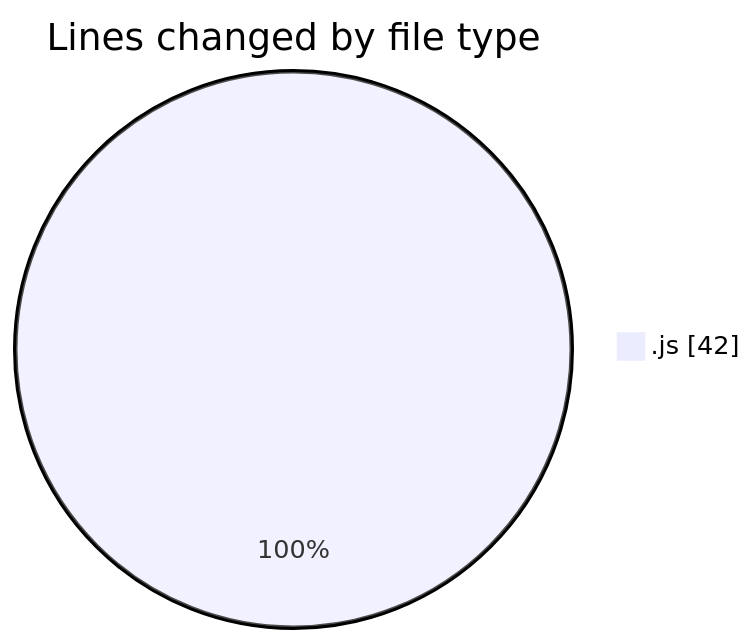
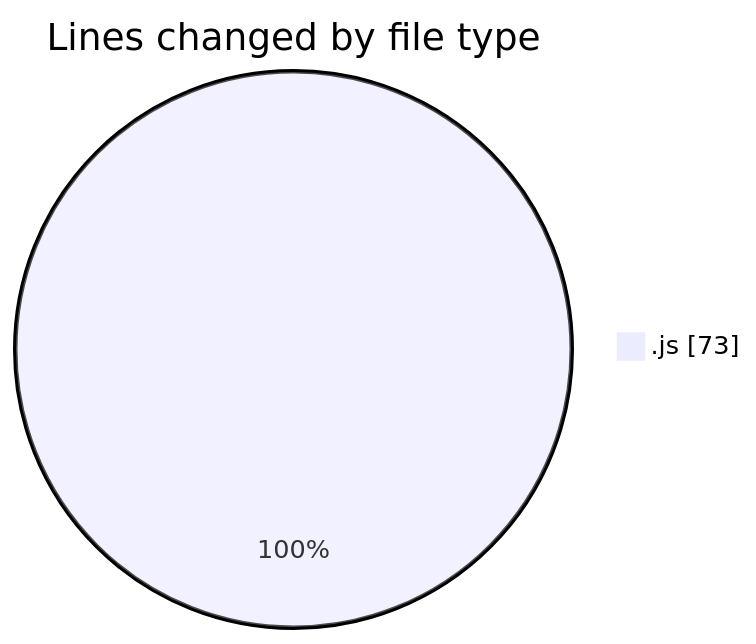
Before and after one commit to momahboobian/code-tracking: the first of 2 diagrams in 2025-02-05/cda/README.md, drawn with Mermaid. The commit also changed other lines of this file and 1 other file, not shown here.

````diff
--- a/2025-02-05/cda/README.md
+++ b/2025-02-05/cda/README.md
@@ -20,5 +22,5 @@
 ```mermaid
 pie showData
 title Lines changed by file type
-".js" : 42
+".js" : 73
 ```
````
